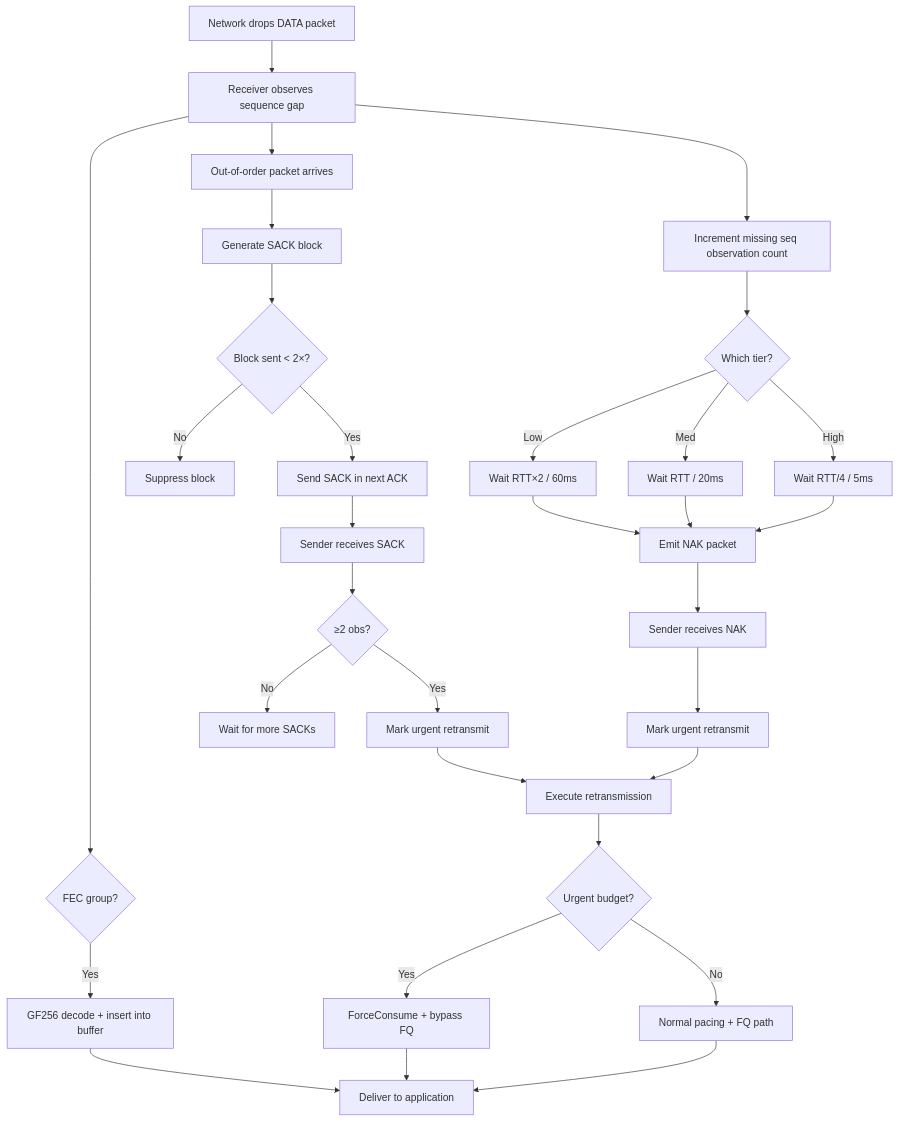
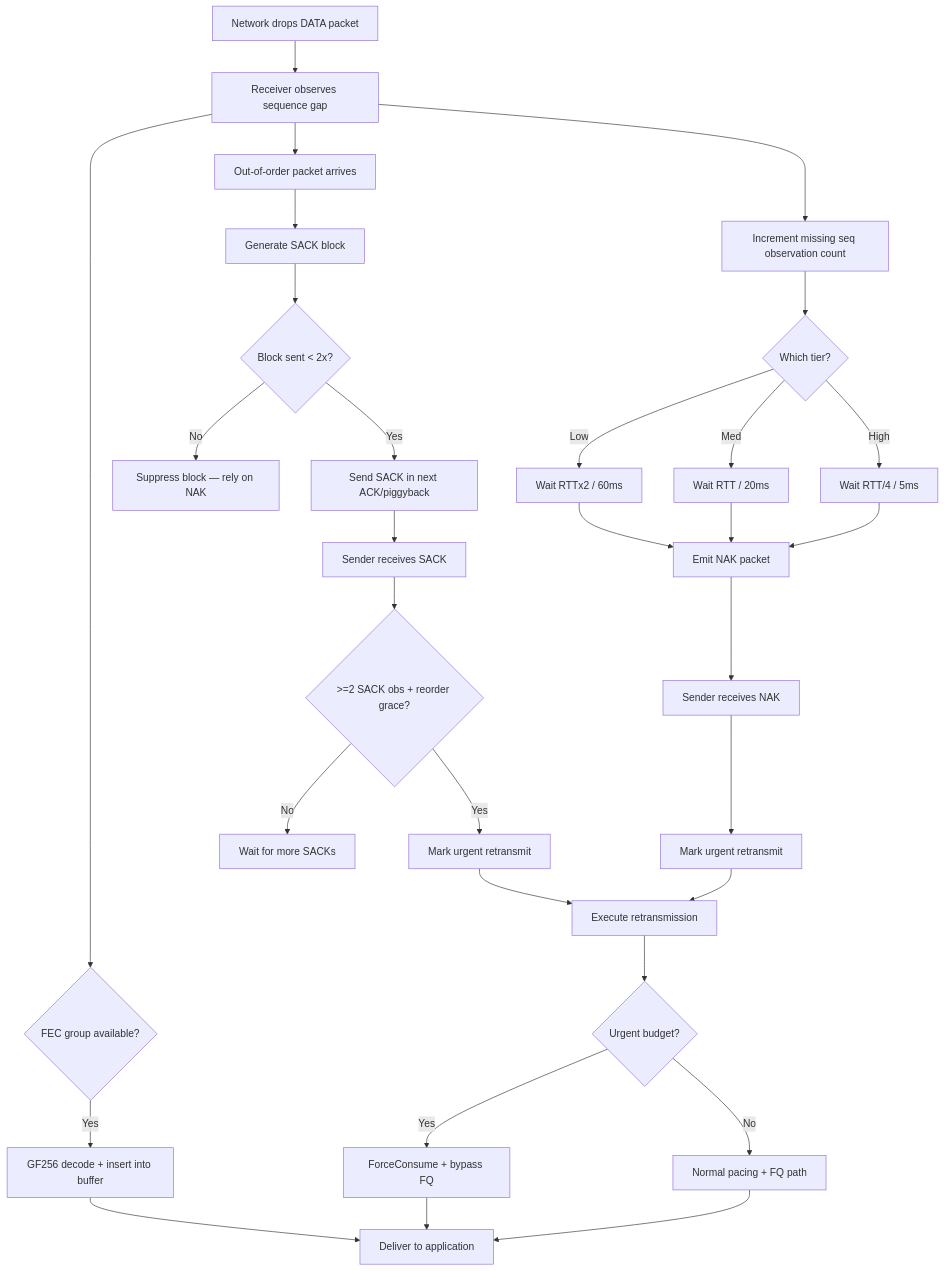
The fourth of 4 diagrams in docs/performance.md (liulilittle/ucp), drawn with Mermaid before and after one commit. The commit also changed other lines of this file and 17 other files, not shown here.

````diff
--- a/docs/performance.md
+++ b/docs/performance.md
@@ -132,41 +156,41 @@
 ```mermaid
 flowchart TD
     Drop[Network drops DATA packet] --> Gap[Receiver observes sequence gap]
 
     Gap --> OutOfOrder[Out-of-order packet arrives]
     OutOfOrder --> SackGen[Generate SACK block]
-    SackGen --> SackLimit{Block sent < 2×?}
-    SackLimit -->|Yes| SackSend[Send SACK in next ACK]
-    SackLimit -->|No| SackSuppress[Suppress block]
+    SackGen --> SackLimit{Block sent < 2x?}
+    SackLimit -->|Yes| SackSend[Send SACK in next ACK/piggyback]
+    SackLimit -->|No| SackSuppress[Suppress block — rely on NAK]
 
     SackSend --> SackRecv[Sender receives SACK]
-    SackRecv --> SackEval{≥2 obs?}
+    SackRecv --> SackEval{>=2 SACK obs + reorder grace?}
     SackEval -->|Yes| SackRepair[Mark urgent retransmit]
     SackEval -->|No| SackWait[Wait for more SACKs]
 
     Gap --> ObsCount[Increment missing seq observation count]
     ObsCount --> NakTier{Which tier?}
-    NakTier -->|Low| NakGuard1[Wait RTT×2 / 60ms]
+    NakTier -->|Low| NakGuard1[Wait RTTx2 / 60ms]
     NakTier -->|Med| NakGuard2[Wait RTT / 20ms]
     NakTier -->|High| NakGuard3[Wait RTT/4 / 5ms]
     NakGuard1 --> NakEmit[Emit NAK packet]
     NakGuard2 --> NakEmit
     NakGuard3 --> NakEmit
 
     NakEmit --> NakRecv[Sender receives NAK]
     NakRecv --> NakRepair[Mark urgent retransmit]
 
     SackRepair --> Repair[Execute retransmission]
     NakRepair --> Repair
 
     Repair --> Urgent{Urgent budget?}
     Urgent -->|Yes| ForceSend[ForceConsume + bypass FQ]
     Urgent -->|No| NormalSend[Normal pacing + FQ path]
 
-    Gap --> FecCheck{FEC group?}
+    Gap --> FecCheck{FEC group available?}
     FecCheck -->|Yes| FecRepair[GF256 decode + insert into buffer]
     FecRepair --> Deliver[Deliver to application]
 
     ForceSend --> Deliver
     NormalSend --> Deliver
 ```
````
